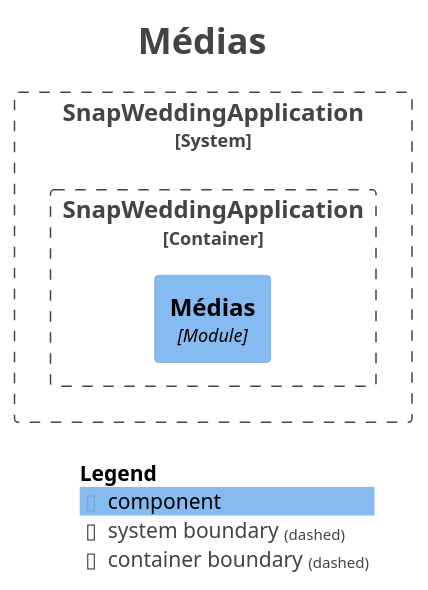
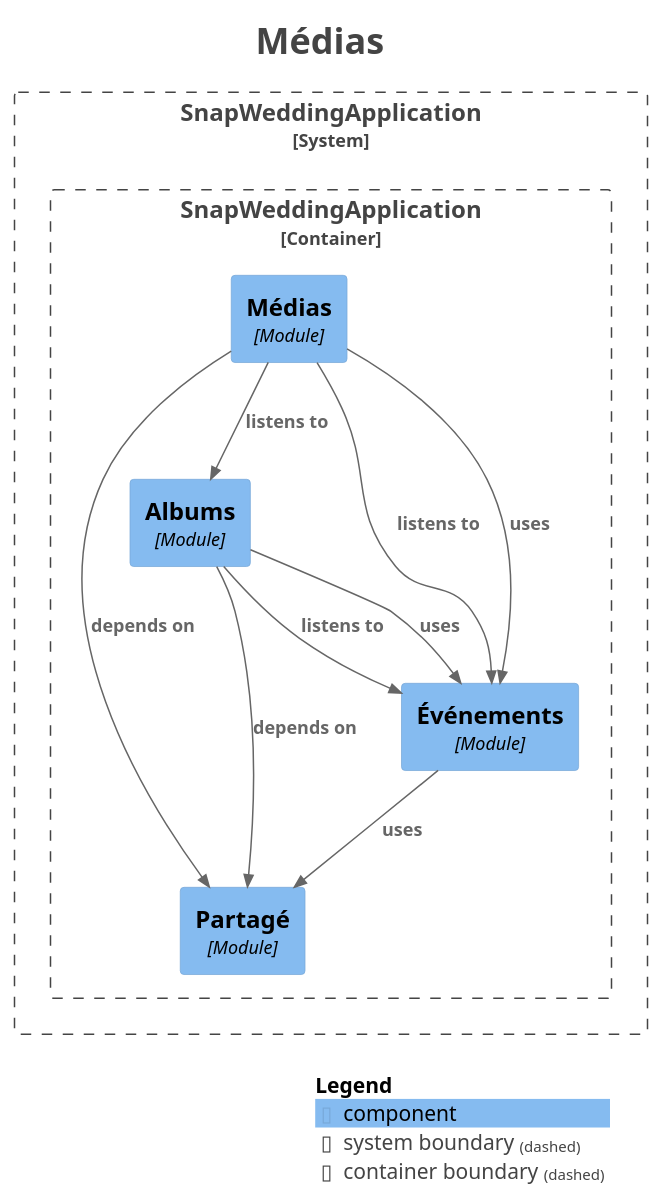
Before and after one commit to MatMry31/snapwedding: the diagram in docs/modulith/module-media.puml, drawn with PlantUML. The commit also changed 30 other files, not shown here.

```diff
--- a/docs/modulith/module-media.puml
+++ b/docs/modulith/module-media.puml
@@ -1,27 +1,39 @@
 @startuml
 title <size:24>Médias</size>
 
 set separator none
 top to bottom direction
 
 <style>
   root {
     BackgroundColor: #ffffff
     FontColor: #444444
   }
 </style>
 
 !include <C4/C4>
 !include <C4/C4_Context>
 !include <C4/C4_Component>
 
 System_Boundary("SnapWeddingApplication_boundary", "SnapWeddingApplication", $tags="") {
   Container_Boundary("SnapWeddingApplication.SnapWeddingApplication_boundary", "SnapWeddingApplication", $tags="") {
+    Component(SnapWeddingApplication.SnapWeddingApplication.Partagé, "Partagé", $techn="Module", $descr="", $tags="", $link="")
+    Component(SnapWeddingApplication.SnapWeddingApplication.Événements, "Événements", $techn="Module", $descr="", $tags="", $link="")
+    Component(SnapWeddingApplication.SnapWeddingApplication.Albums, "Albums", $techn="Module", $descr="", $tags="", $link="")
     Component(SnapWeddingApplication.SnapWeddingApplication.Médias, "Médias", $techn="Module", $descr="", $tags="", $link="")
   }
 
 }
 
+Rel(SnapWeddingApplication.SnapWeddingApplication.Événements, SnapWeddingApplication.SnapWeddingApplication.Partagé, "uses", $techn="", $tags="", $link="")
+Rel(SnapWeddingApplication.SnapWeddingApplication.Albums, SnapWeddingApplication.SnapWeddingApplication.Événements, "listens to", $techn="", $tags="", $link="")
+Rel(SnapWeddingApplication.SnapWeddingApplication.Albums, SnapWeddingApplication.SnapWeddingApplication.Partagé, "depends on", $techn="", $tags="", $link="")
+Rel(SnapWeddingApplication.SnapWeddingApplication.Albums, SnapWeddingApplication.SnapWeddingApplication.Événements, "uses", $techn="", $tags="", $link="")
+Rel(SnapWeddingApplication.SnapWeddingApplication.Médias, SnapWeddingApplication.SnapWeddingApplication.Événements, "listens to", $techn="", $tags="", $link="")
+Rel(SnapWeddingApplication.SnapWeddingApplication.Médias, SnapWeddingApplication.SnapWeddingApplication.Albums, "listens to", $techn="", $tags="", $link="")
+Rel(SnapWeddingApplication.SnapWeddingApplication.Médias, SnapWeddingApplication.SnapWeddingApplication.Partagé, "depends on", $techn="", $tags="", $link="")
+Rel(SnapWeddingApplication.SnapWeddingApplication.Médias, SnapWeddingApplication.SnapWeddingApplication.Événements, "uses", $techn="", $tags="", $link="")
+
 SHOW_LEGEND(true)
 hide stereotypes
 @enduml
```
